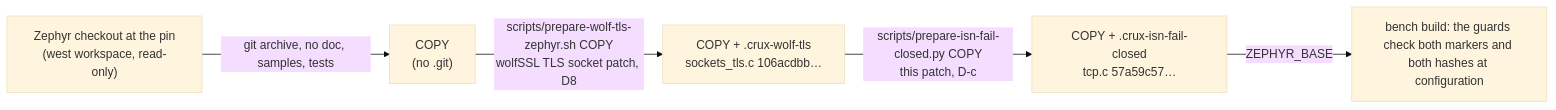
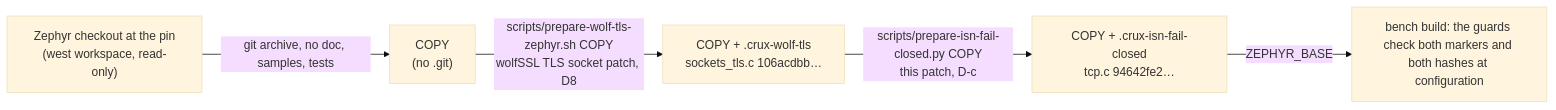
The second of 2 diagrams in docs/rt1060-isn-fail-closed.md (wonny-labs/crux-pilot), drawn with Mermaid (base theme) before and after one commit. The commit also changed other lines of this file and 9 other files, not shown here.

````diff
--- a/docs/rt1060-isn-fail-closed.md
+++ b/docs/rt1060-isn-fail-closed.md
@@ -94,7 +94,7 @@
 ```mermaid
 flowchart LR
     pin["Zephyr checkout at the pin<br/>(west workspace, read-only)"] -->|git archive, no doc, samples, tests| copy["COPY<br/>(no .git)"]
     copy -->|"scripts/prepare-wolf-tls-zephyr.sh COPY<br/>wolfSSL TLS socket patch, D8"| tls["COPY + .crux-wolf-tls<br/>sockets_tls.c 106acdbb…"]
-    tls -->|"scripts/prepare-isn-fail-closed.py COPY<br/>this patch, D-c"| both["COPY + .crux-isn-fail-closed<br/>tcp.c 57a59c57…"]
+    tls -->|"scripts/prepare-isn-fail-closed.py COPY<br/>this patch, D-c"| both["COPY + .crux-isn-fail-closed<br/>tcp.c 94642fe2…"]
     both -->|ZEPHYR_BASE| build["bench build: the guards check both markers and both hashes at configuration"]
 ```
````
